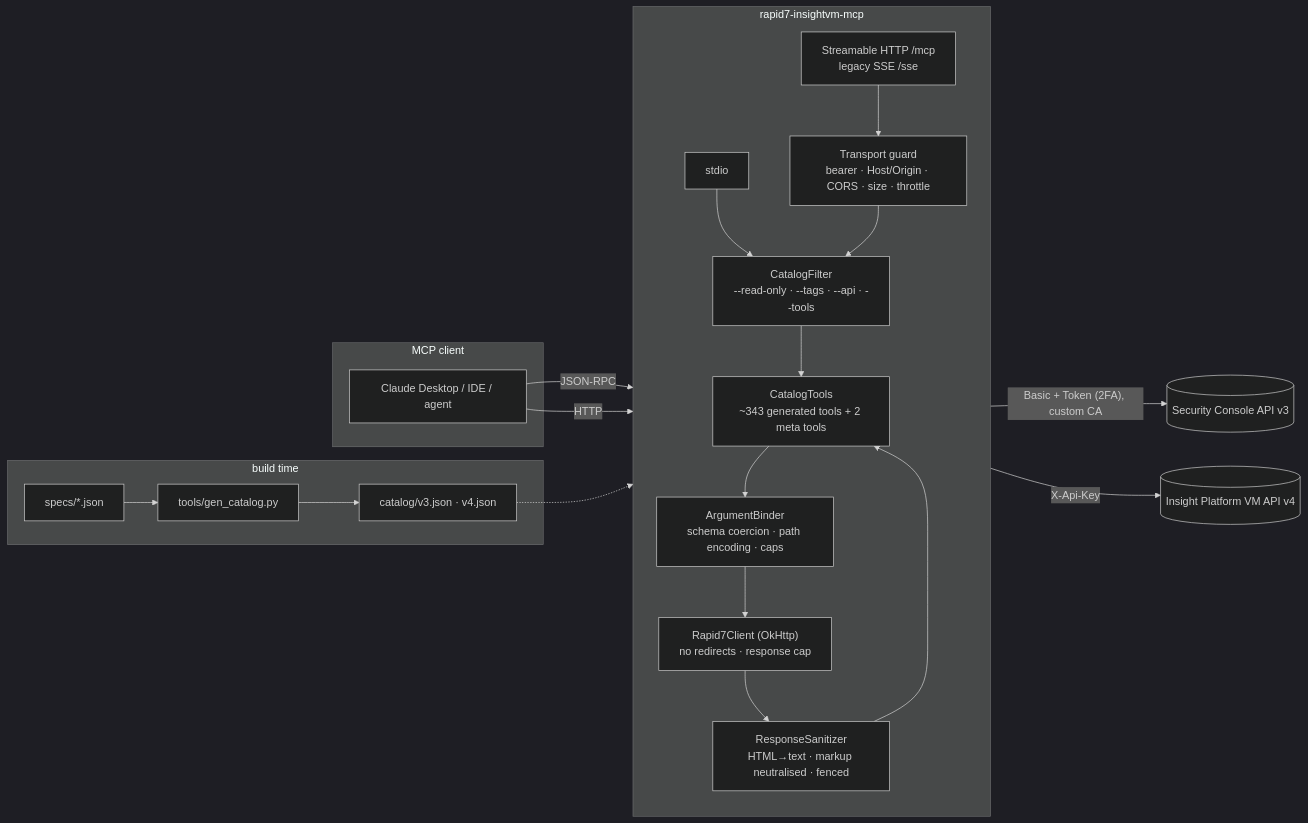
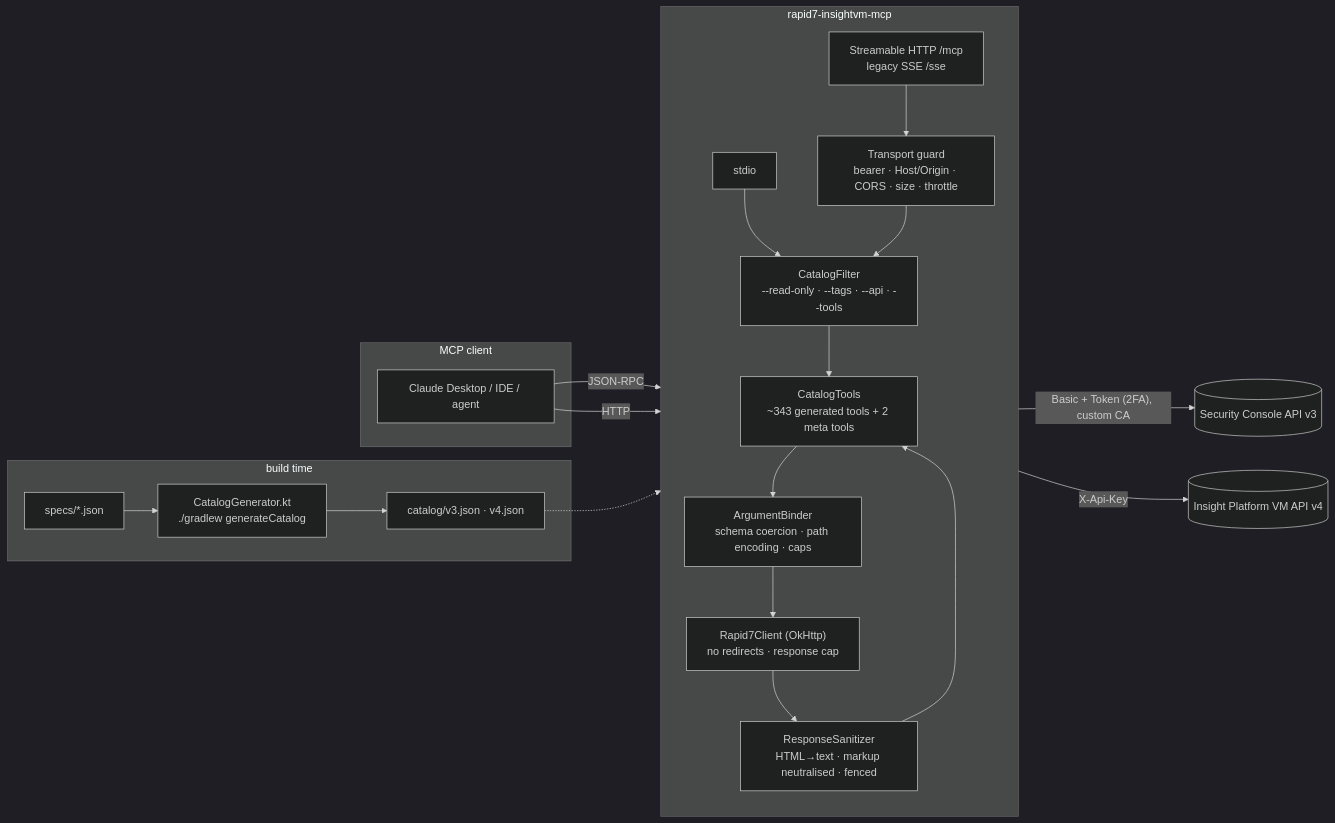
Before and after one commit to jitunicornfx/Rapid7-InsightVM-MCP: the diagram in README.md, drawn with Mermaid (dark theme). The commit also changed other lines of this file and 9 other files, not shown here.

First line of the commit message:
refactor(catalog): replace the python catalog generator with CatalogGenerator.kt

````diff
--- a/README.md
+++ b/README.md
@@ -15,27 +15,27 @@
 ```mermaid
 flowchart LR
     subgraph Client["MCP client"]
         C[Claude Desktop / IDE / agent]
     end
 
     subgraph Server["rapid7-insightvm-mcp"]
         direction TB
         T1[stdio] --> F
         T2["Streamable HTTP /mcp<br/>legacy SSE /sse"] --> G["Transport guard<br/>bearer · Host/Origin · CORS · size · throttle"] --> F
         F["CatalogFilter<br/>--read-only · --tags · --api · --tools"] --> R["CatalogTools<br/>~343 generated tools + 2 meta tools"]
         R --> B["ArgumentBinder<br/>schema coercion · path encoding · caps"]
         B --> K["Rapid7Client (OkHttp)<br/>no redirects · response cap"]
         K --> S["ResponseSanitizer<br/>HTML→text · markup neutralised · fenced"]
         S --> R
     end
 
     subgraph BuildTime["build time"]
-        SP["specs/*.json"] --> GEN["tools/gen_catalog.py"] --> CAT["catalog/v3.json · v4.json"]
+        SP["specs/*.json"] --> GEN["CatalogGenerator.kt<br/>./gradlew generateCatalog"] --> CAT["catalog/v3.json · v4.json"]
     end
 
     C -- "JSON-RPC" --> T1
     C -- "HTTP" --> T2
     CAT -.-> R
     K -- "Basic + Token (2FA), custom CA" --> V3[("Security Console API v3")]
     K -- "X-Api-Key" --> V4[("Insight Platform VM API v4")]
 ```
````
